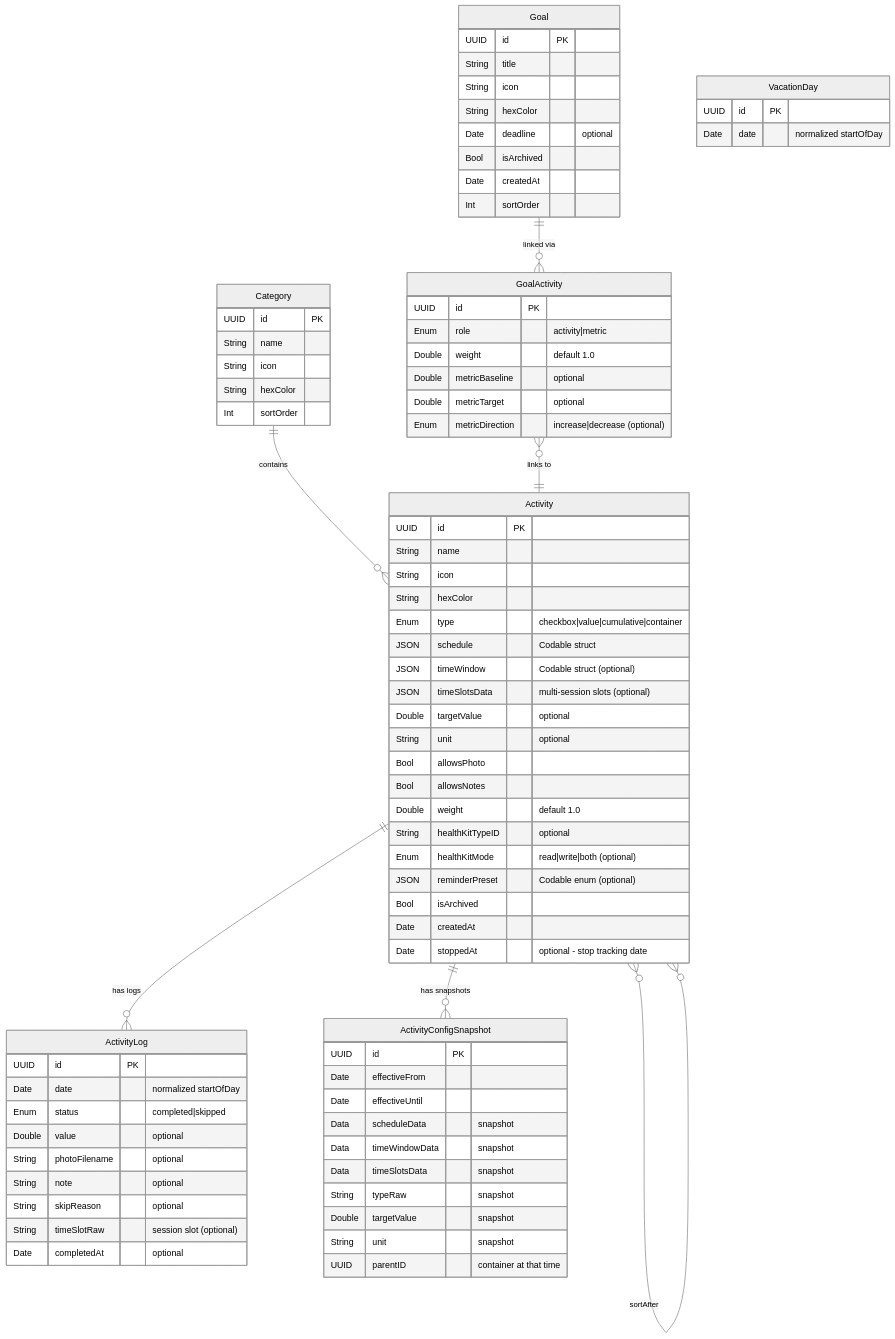
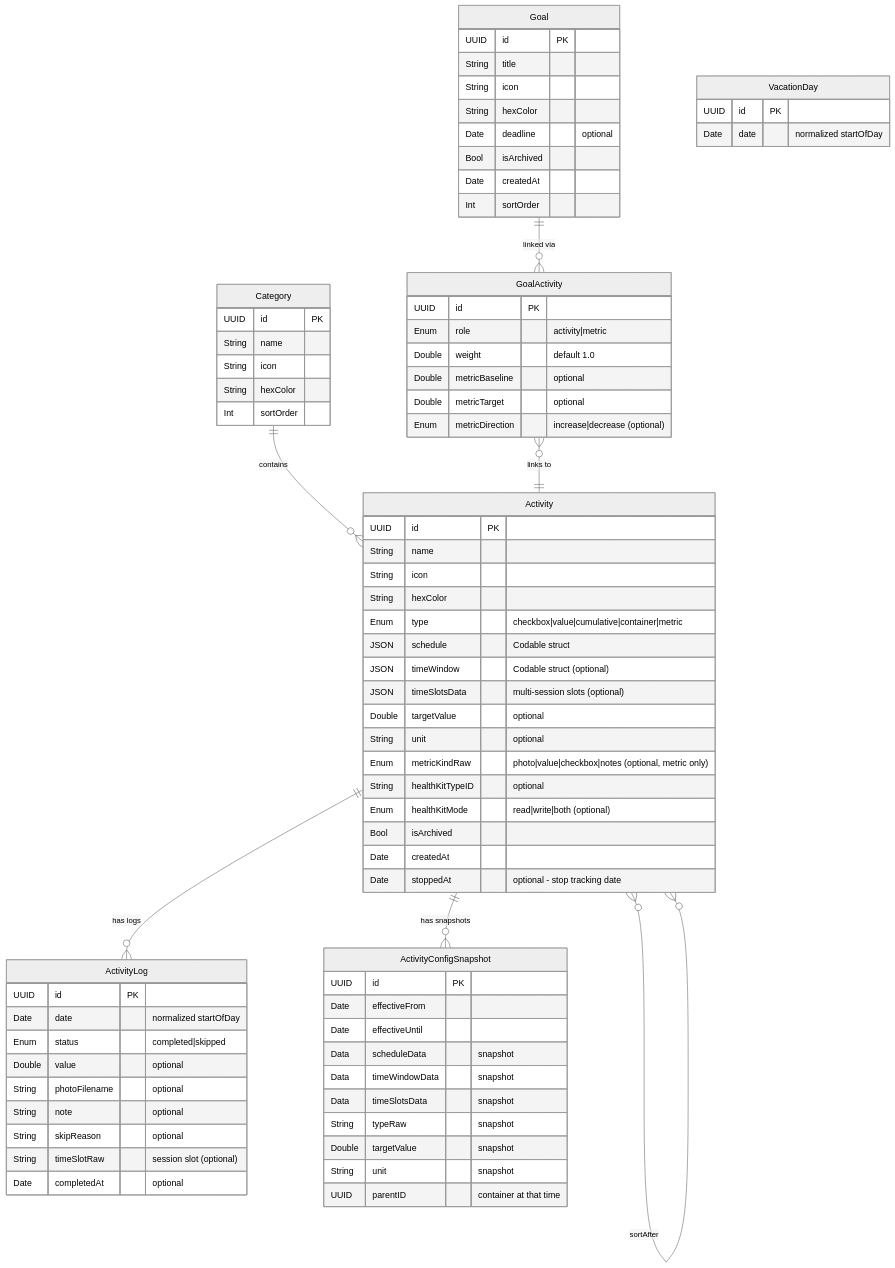
Before and after one commit to samg2003/personal_activity_tracking: the second of 2 diagrams in docs/ARCHITECTURE.md, drawn with Mermaid (neutral theme). The commit also changed other lines of this file and 18 other files, not shown here.

```diff
--- a/docs/ARCHITECTURE.md
+++ b/docs/ARCHITECTURE.md
@@ -75,18 +75,15 @@
         String name
         String icon
         String hexColor
-        Enum type "checkbox|value|cumulative|container"
+        Enum type "checkbox|value|cumulative|container|metric"
         JSON schedule "Codable struct"
         JSON timeWindow "Codable struct (optional)"
         JSON timeSlotsData "multi-session slots (optional)"
         Double targetValue "optional"
         String unit "optional"
-        Bool allowsPhoto
-        Bool allowsNotes
-        Double weight "default 1.0"
+        Enum metricKindRaw "photo|value|checkbox|notes (optional, metric only)"
         String healthKitTypeID "optional"
         Enum healthKitMode "read|write|both (optional)"
-        JSON reminderPreset "Codable enum (optional)"
         Bool isArchived
         Date createdAt
         Date stoppedAt "optional - stop tracking date"
```
